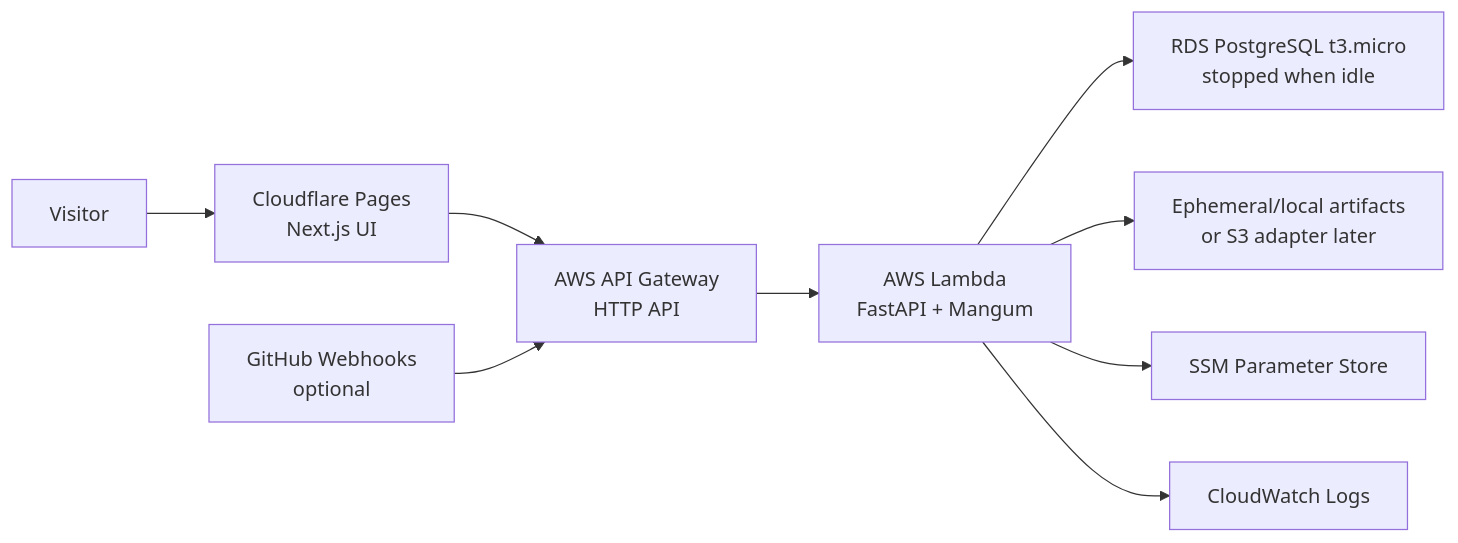
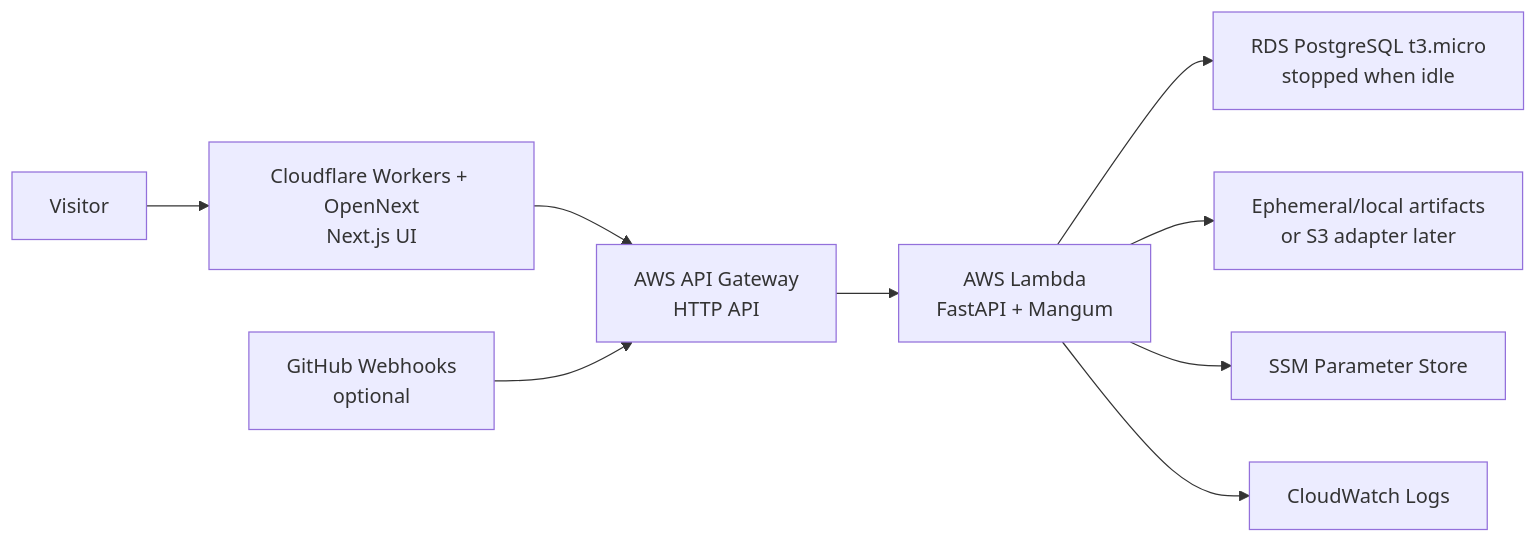
The diagram in docs/public-demo.md (manynames3/terragate), drawn with Mermaid before and after one commit. The commit also changed other lines of this file and 11 other files, not shown here.

Commit message:
deploy web to cloudflare workers

````diff
--- a/docs/public-demo.md
+++ b/docs/public-demo.md
@@ -9,11 +11,11 @@
 ```mermaid
 flowchart LR
-  visitor["Visitor"] --> pages["Cloudflare Pages\nNext.js UI"]
+  visitor["Visitor"] --> pages["Cloudflare Workers + OpenNext\nNext.js UI"]
   pages --> gateway["AWS API Gateway\nHTTP API"]
   github["GitHub Webhooks\noptional"] --> gateway
   gateway --> lambda["AWS Lambda\nFastAPI + Mangum"]
   lambda --> rds["RDS PostgreSQL t3.micro\nstopped when idle"]
   lambda --> artifacts["Ephemeral/local artifacts\nor S3 adapter later"]
   lambda --> ssm["SSM Parameter Store"]
   lambda --> cloudwatch["CloudWatch Logs"]
 ```
````
